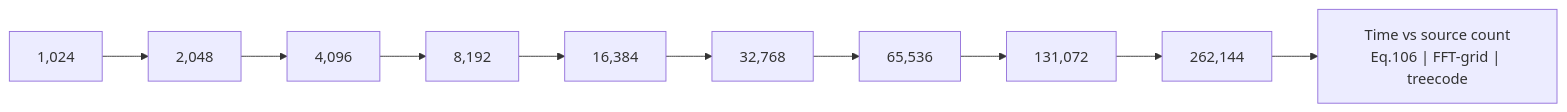
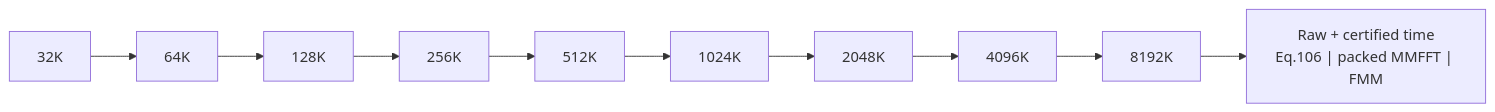
Before and after one commit to Tom-Jim/RyuGu_WASM: the tenth of 11 diagrams in README.md, drawn with Mermaid. The commit also changed other lines of this file and 45 other files, not shown here.

````diff
--- a/README.md
+++ b/README.md
@@ -358,5 +365,5 @@
 ```mermaid
 flowchart LR
-    S1["1,024"] --> S2["2,048"] --> S3["4,096"] --> S4["8,192"] --> S5["16,384"] --> S6["32,768"] --> S7["65,536"] --> S8["131,072"] --> S9["262,144"]
-    S9 --> Plot["Time vs source count\nEq.106 | FFT-grid | treecode"]
+    S1["32K"] --> S2["64K"] --> S3["128K"] --> S4["256K"] --> S5["512K"] --> S6["1024K"] --> S7["2048K"] --> S8["4096K"] --> S9["8192K"]
+    S9 --> Plot["Raw + certified time\nEq.106 | packed MMFFT | FMM"]
 ```
````
